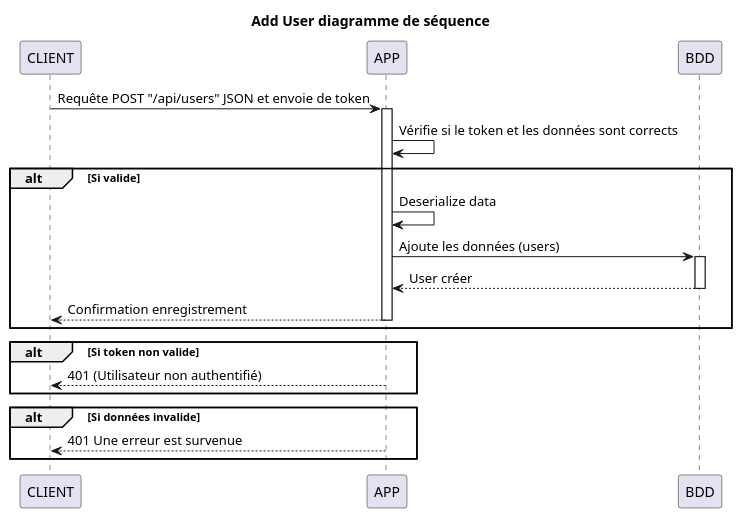
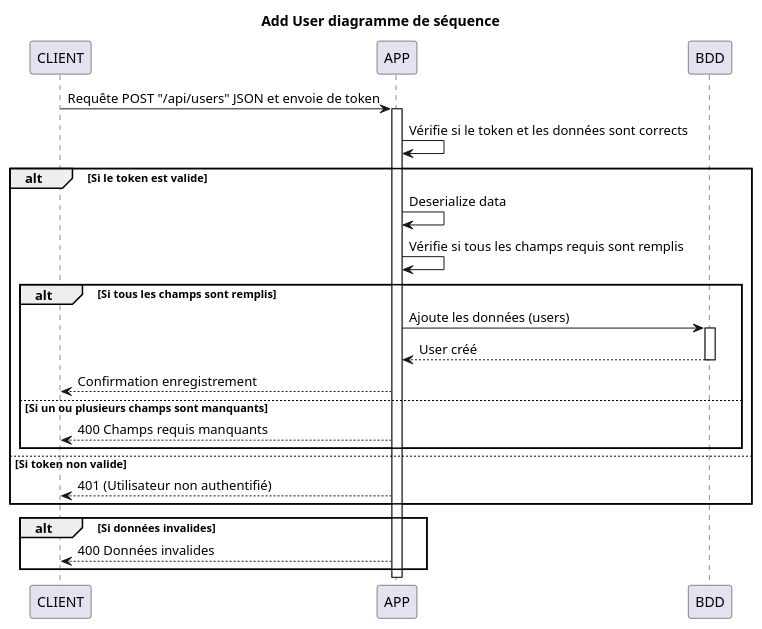
Before and after one commit to Waarrez/P7: the diagram in docs/Diagramme de séquence/Add user.puml, drawn with PlantUML. The commit also changed 9 other files, not shown here.

```diff
--- a/docs/Diagramme de séquence/Add user.puml
+++ b/docs/Diagramme de séquence/Add user.puml
@@ -1,32 +1,35 @@
 @startuml
 
 title Add User diagramme de séquence
 
 participant CLIENT
 participant APP
 participant BDD
 
 CLIENT -> APP: Requête POST "/api/users" JSON et envoie de token
 activate APP
 APP -> APP : Vérifie si le token et les données sont corrects
 
-alt Si valide
+alt Si le token est valide
   APP -> APP : Deserialize data
-  APP -> BDD : Ajoute les données (users)
-  activate BDD
-  BDD --> APP: User créer
-  deactivate BDD
-  APP --> CLIENT : Confirmation enregistrement
-  deactivate APP
+  APP -> APP : Vérifie si tous les champs requis sont remplis
+
+  alt Si tous les champs sont remplis
+    APP -> BDD : Ajoute les données (users)
+    activate BDD
+    BDD --> APP: User créé
+    deactivate BDD
+    APP --> CLIENT : Confirmation enregistrement
+  else Si un ou plusieurs champs sont manquants
+    APP --> CLIENT : 400 Champs requis manquants
+  end
+
+else Si token non valide
+    APP --> CLIENT : 401 (Utilisateur non authentifié)
 end
 
-alt Si token non valide
-    APP --> CLIENT : 401 (Utilisateur non authentifié)
-    deactivate APP
-end
-
-alt Si données invalide
-    APP --> CLIENT : 401 Une erreur est survenue
+alt Si données invalides
+    APP --> CLIENT : 400 Données invalides
 end
 
 @enduml
```
